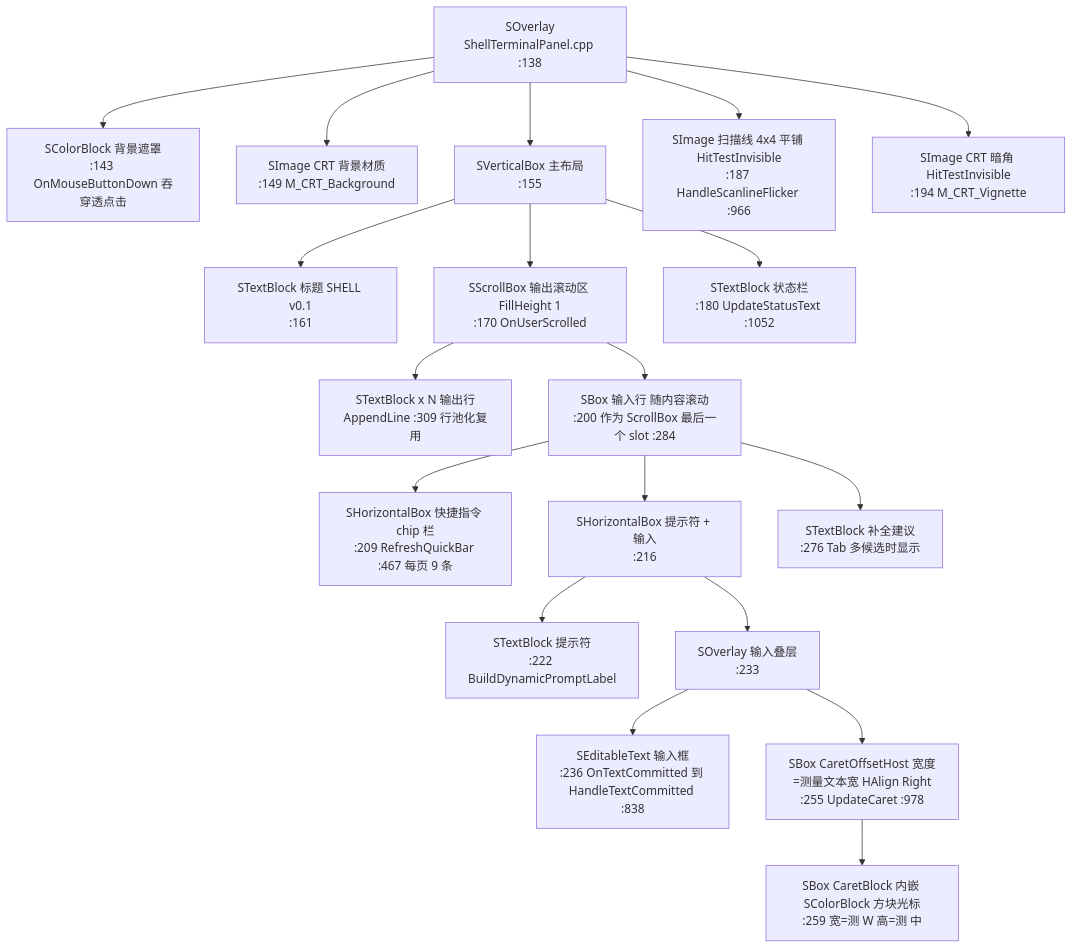
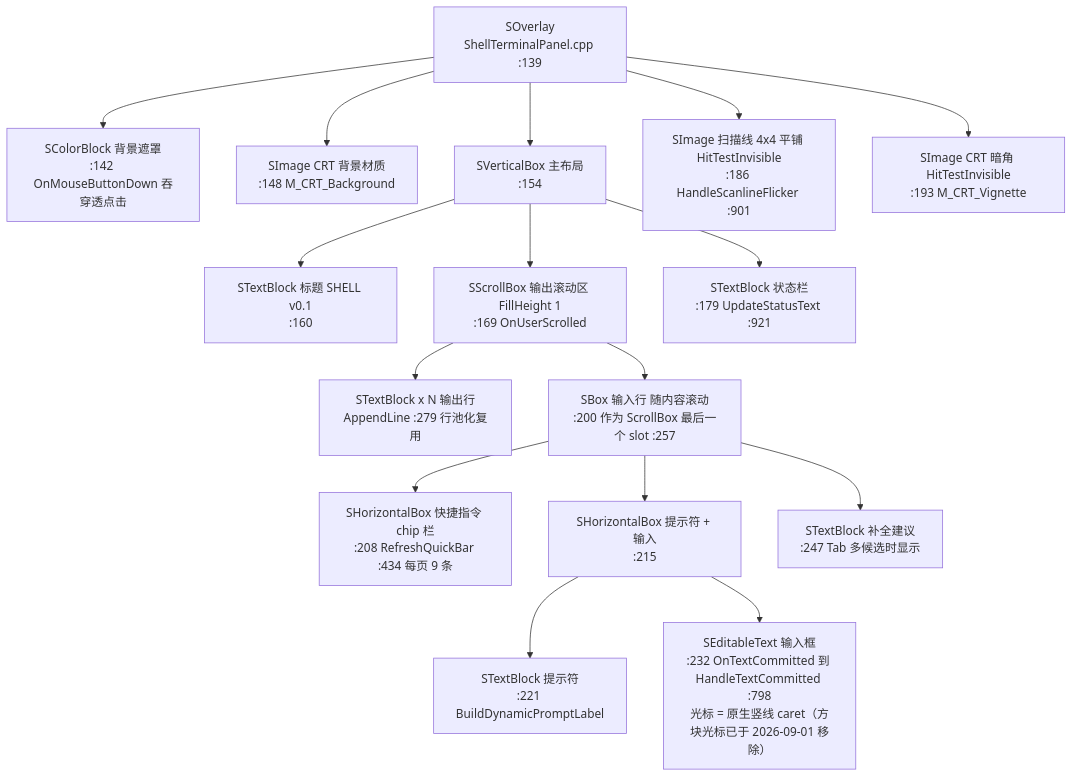
One commit to youli42/UE_Shell_Project changed the third of 4 diagrams in docs/终端UI架构图_mermaid.md. Above: the diagram before and after it, drawn with Mermaid. The commit also changed other lines of this file and 2 other files, not shown here.

````diff
--- a/docs/终端UI架构图_mermaid.md
+++ b/docs/终端UI架构图_mermaid.md
@@ -115,41 +115,35 @@
 ```mermaid
 flowchart TD
-    ROOT["SOverlay<br/>ShellTerminalPanel.cpp :138"]
-    BG["SColorBlock 背景遮罩<br/>:143 OnMouseButtonDown 吞穿透点击"]
-    BGI["SImage CRT 背景材质<br/>:149 M_CRT_Background"]
-    VB["SVerticalBox 主布局<br/>:155"]
-    TITLE["STextBlock 标题 SHELL v0.1<br/>:161"]
-    SB["SScrollBox 输出滚动区 FillHeight 1<br/>:170 OnUserScrolled"]
-    STATUS["STextBlock 状态栏<br/>:180 UpdateStatusText :1052"]
-    LINES["STextBlock x N 输出行<br/>AppendLine :309 行池化复用"]
-    INPUTBOX["SBox 输入行 随内容滚动<br/>:200 作为 ScrollBox 最后一个 slot :284"]
-    QB["SHorizontalBox 快捷指令 chip 栏<br/>:209 RefreshQuickBar :467 每页 9 条"]
-    PROMPTROW["SHorizontalBox 提示符 + 输入<br/>:216"]
-    PT["STextBlock 提示符<br/>:222 BuildDynamicPromptLabel"]
-    IO["SOverlay 输入叠层<br/>:233"]
-    ET["SEditableText 输入框<br/>:236 OnTextCommitted 到 HandleTextCommitted :838"]
-    CH["SBox CaretOffsetHost 宽度=测量文本宽 HAlign Right<br/>:255 UpdateCaret :978"]
-    CB["SBox CaretBlock 内嵌 SColorBlock 方块光标<br/>:259 宽=测 W 高=测 中"]
-    SUG["STextBlock 补全建议<br/>:276 Tab 多候选时显示"]
-    SCAN["SImage 扫描线 4x4 平铺 HitTestInvisible<br/>:187 HandleScanlineFlicker :966"]
-    VIG["SImage CRT 暗角 HitTestInvisible<br/>:194 M_CRT_Vignette"]
+    ROOT["SOverlay<br/>ShellTerminalPanel.cpp :139"]
+    BG["SColorBlock 背景遮罩<br/>:142 OnMouseButtonDown 吞穿透点击"]
+    BGI["SImage CRT 背景材质<br/>:148 M_CRT_Background"]
+    VB["SVerticalBox 主布局<br/>:154"]
+    TITLE["STextBlock 标题 SHELL v0.1<br/>:160"]
+    SB["SScrollBox 输出滚动区 FillHeight 1<br/>:169 OnUserScrolled"]
+    STATUS["STextBlock 状态栏<br/>:179 UpdateStatusText :921"]
+    LINES["STextBlock x N 输出行<br/>AppendLine :279 行池化复用"]
+    INPUTBOX["SBox 输入行 随内容滚动<br/>:200 作为 ScrollBox 最后一个 slot :257"]
+    QB["SHorizontalBox 快捷指令 chip 栏<br/>:208 RefreshQuickBar :434 每页 9 条"]
+    PROMPTROW["SHorizontalBox 提示符 + 输入<br/>:215"]
+    PT["STextBlock 提示符<br/>:221 BuildDynamicPromptLabel"]
+    ET["SEditableText 输入框<br/>:232 OnTextCommitted 到 HandleTextCommitted :798<br/>光标 = 原生竖线 caret（方块光标已于 2026-09-01 移除）"]
+    SUG["STextBlock 补全建议<br/>:247 Tab 多候选时显示"]
+    SCAN["SImage 扫描线 4x4 平铺 HitTestInvisible<br/>:186 HandleScanlineFlicker :901"]
+    VIG["SImage CRT 暗角 HitTestInvisible<br/>:193 M_CRT_Vignette"]
 
     ROOT --> BG
     ROOT --> BGI
     ROOT --> VB
     ROOT --> SCAN
     ROOT --> VIG
     VB --> TITLE
     VB --> SB
     VB --> STATUS
     SB --> LINES
     SB --> INPUTBOX
     INPUTBOX --> QB
     INPUTBOX --> PROMPTROW
     INPUTBOX --> SUG
     PROMPTROW --> PT
-    PROMPTROW --> IO
-    IO --> ET
-    IO --> CH
-    CH --> CB
+    PROMPTROW --> ET
 ```
````
